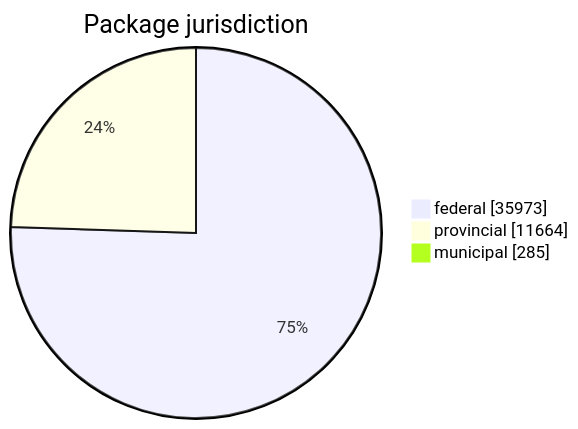
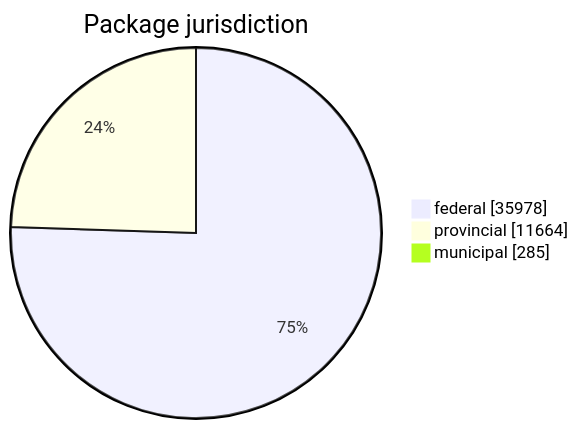
Before and after one commit to open-data/analytics-corporate-reporting: the first of 5 diagrams in FreshCheck/README.md, drawn with Mermaid. The commit also changed other lines of this file and 3 other files, not shown here.

````diff
--- a/FreshCheck/README.md
+++ b/FreshCheck/README.md
@@ -60,6 +60,6 @@
 ```mermaid
 pie showData title Package jurisdiction
-    "federal": 35973
+    "federal": 35978
     "provincial": 11664
     "municipal": 285
 ```
````
